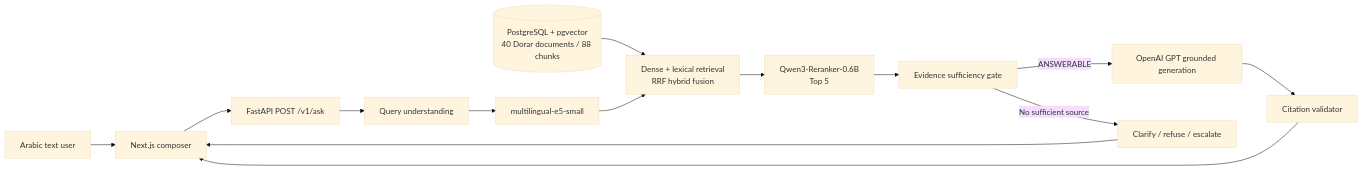
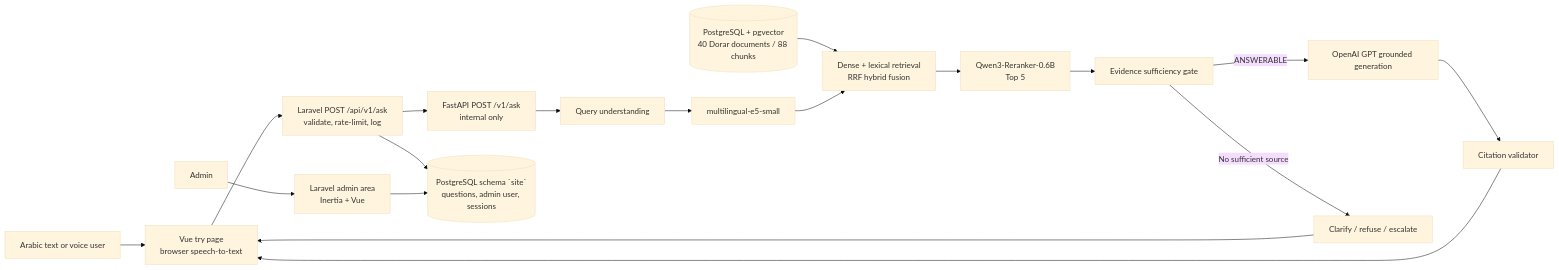
One commit to njoudae/islamiz-rag changed the diagram in ARCHITECTURE.md. Above: the diagram before and after it, drawn with Mermaid (base theme). The commit also changed other lines of this file and 3 other files, not shown here.

First line of the commit message:
Update architecture, limitations and the sources register

````diff
--- a/ARCHITECTURE.md
+++ b/ARCHITECTURE.md
@@ -3,16 +3,25 @@
 ```mermaid
 flowchart LR
-  U[Arabic text user] --> W[Next.js composer]
-  W --> A[FastAPI POST /v1/ask]
+  U[Arabic text or voice user] --> W[Vue try page
+browser speech-to-text]
+  W --> L[Laravel POST /api/v1/ask
+validate, rate-limit, log]
+  L --> A[FastAPI POST /v1/ask
+internal only]
+  L --> P[(PostgreSQL schema `site`
+questions, admin user, sessions)]
+  ADM[Admin] --> LD[Laravel admin area
+Inertia + Vue]
+  LD --> P
   A --> Q[Query understanding]
   Q --> E[multilingual-e5-small]
   D[(PostgreSQL + pgvector\n40 Dorar documents / 88 chunks)] --> H[Dense + lexical retrieval\nRRF hybrid fusion]
   E --> H
   H --> R[Qwen3-Reranker-0.6B\nTop 5]
   R --> G[Evidence sufficiency gate]
   G -->|ANSWERABLE| O[OpenAI GPT grounded generation]
   O --> C[Citation validator]
   C --> W
   G -->|No sufficient source| S[Clarify / refuse / escalate]
   S --> W
 ```
````
